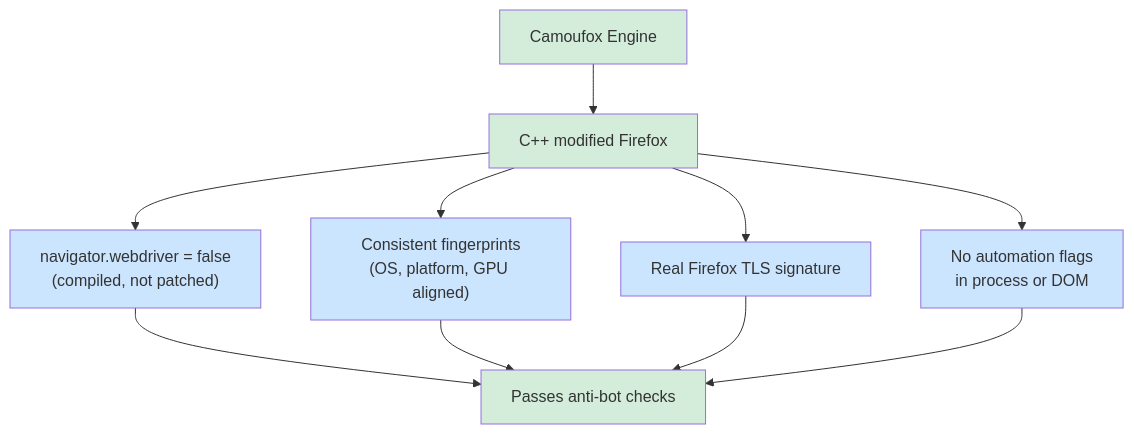
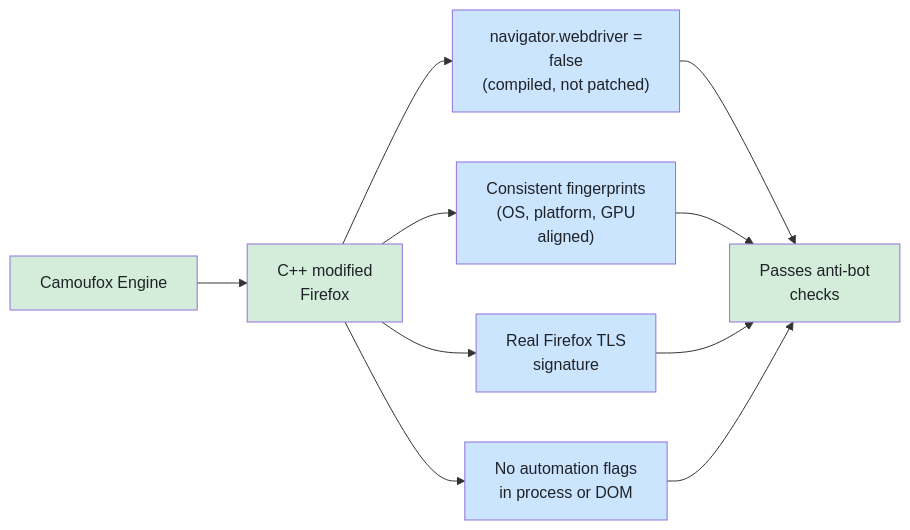
The second of 5 diagrams in _posts/2026-02-14-camoufox-vs-selenium-anti-detection-approaches-compared.md (bytetunnels/bytetunnels.github.com), drawn with Mermaid before and after one commit. The commit also changed other lines of this file and 118 other files, not shown here.

Commit message:
feat: improve diagram styling and compact wide flowcharts

````diff
--- a/_posts/2026-02-14-camoufox-vs-selenium-anti-detection-approaches-compared.md
+++ b/_posts/2026-02-14-camoufox-vs-selenium-anti-detection-approaches-compared.md
@@ -73,20 +73,20 @@
 ```mermaid
-graph TD
-    A["Camoufox Engine"] --> B["C++ modified Firefox"]
-    B --> C["navigator.webdriver = false<br>(compiled, not patched)"]
-    B --> D["Consistent fingerprints<br>(OS, platform, GPU aligned)"]
-    B --> E["Real Firefox TLS signature"]
-    B --> F["No automation flags<br>in process or DOM"]
-    C --> G["Passes anti-bot checks"]
+graph LR
+    A["Camoufox Engine"] --> B["C++ modified<br/>Firefox"]
+    B --> C["navigator.webdriver =<br/>false<br/>(compiled, not patched)"]
+    B --> D["Consistent fingerprints<br/>(OS, platform, GPU<br/>aligned)"]
+    B --> E["Real Firefox TLS<br/>signature"]
+    B --> F["No automation flags<br/>in process or DOM"]
+    C --> G["Passes anti-bot<br/>checks"]
     D --> G
     E --> G
     F --> G
 
-    style A fill:#d4edda
-    style B fill:#d4edda
-    style G fill:#d4edda
-    style C fill:#cce5ff
-    style D fill:#cce5ff
-    style E fill:#cce5ff
-    style F fill:#cce5ff
+    style A fill:#d4edda,color:#1f2328
+    style B fill:#d4edda,color:#1f2328
+    style G fill:#d4edda,color:#1f2328
+    style C fill:#cce5ff,color:#1f2328
+    style D fill:#cce5ff,color:#1f2328
+    style E fill:#cce5ff,color:#1f2328
+    style F fill:#cce5ff,color:#1f2328
 ```
````
